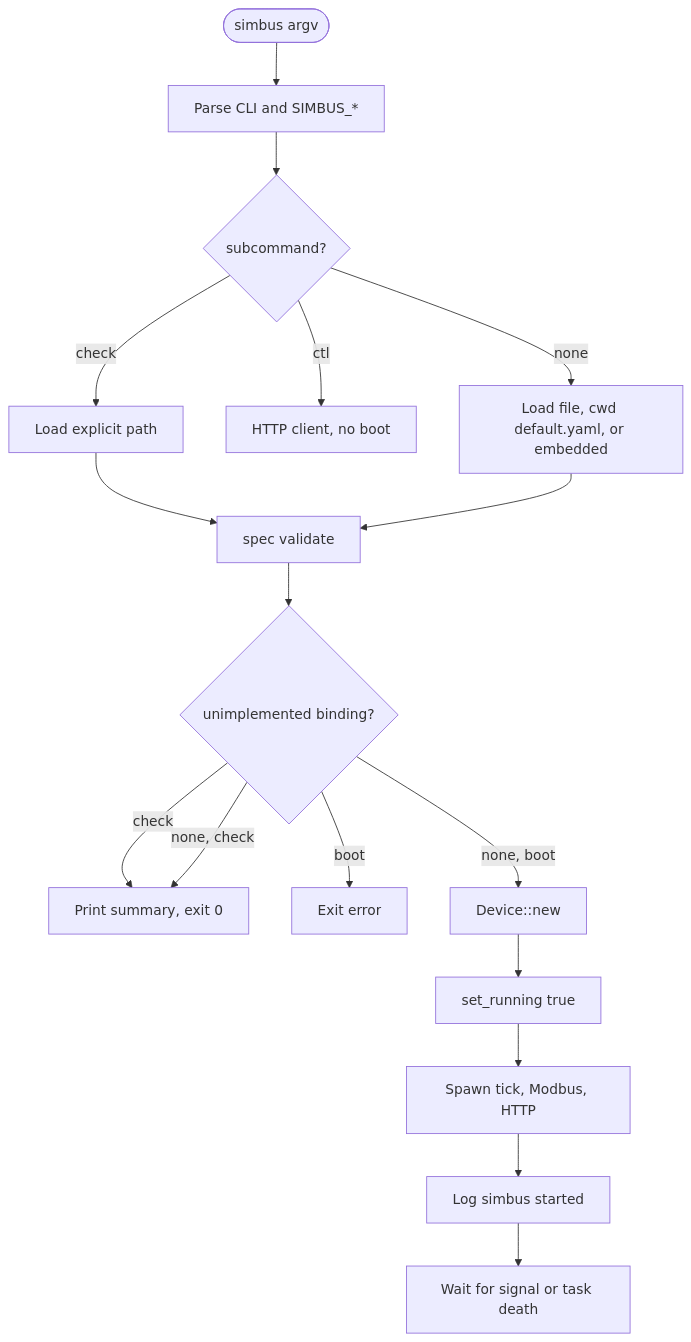
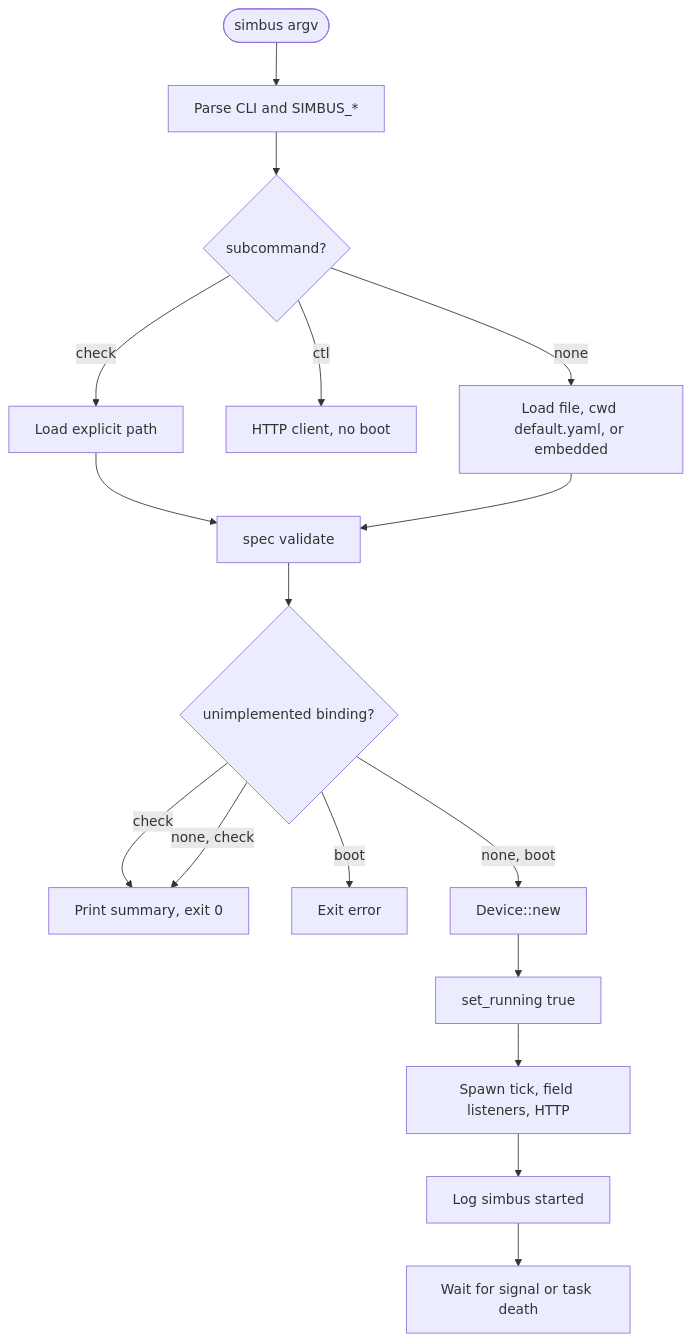
The third of 7 diagrams in docs/architecture.md (obsidia-systems/simbus), drawn with Mermaid before and after one commit. The commit also changed other lines of this file and 22 other files, not shown here.

````diff
--- a/docs/architecture.md
+++ b/docs/architecture.md
@@ -108,19 +109,19 @@
 ```mermaid
 flowchart TB
     start([simbus argv]) --> parse[Parse CLI and SIMBUS_*]
     parse --> isCheck{subcommand?}
     isCheck -->|check| loadCheck[Load explicit path]
     loadCheck --> validate
     isCheck -->|ctl| client[HTTP client, no boot]
     isCheck -->|none| loadBoot[Load file, cwd default.yaml, or embedded]
     loadBoot --> validate[spec validate]
     validate --> unimplemented{unimplemented binding?}
     unimplemented -->|check| report[Print summary, exit 0]
     unimplemented -->|boot| die[Exit error]
     unimplemented -->|none, check| report
     unimplemented -->|none, boot| device[Device::new]
     device --> running[set_running true]
-    running --> spawn[Spawn tick, Modbus, HTTP]
+    running --> spawn[Spawn tick, field listeners, HTTP]
     spawn --> log[Log simbus started]
     log --> wait[Wait for signal or task death]
 ```
````
